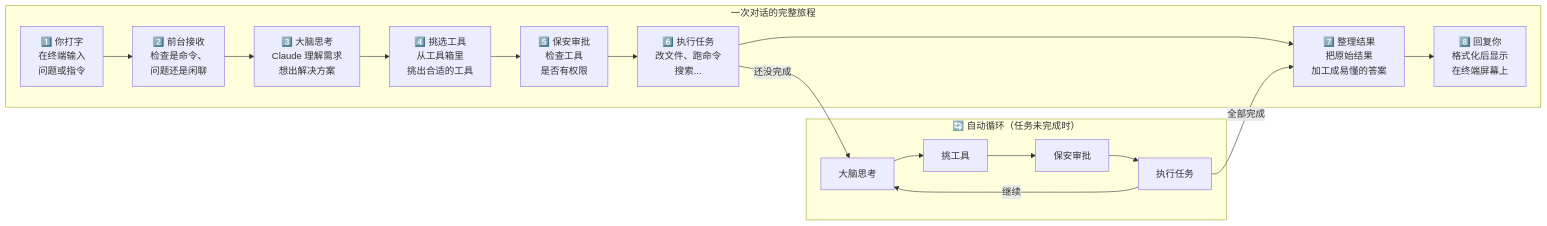
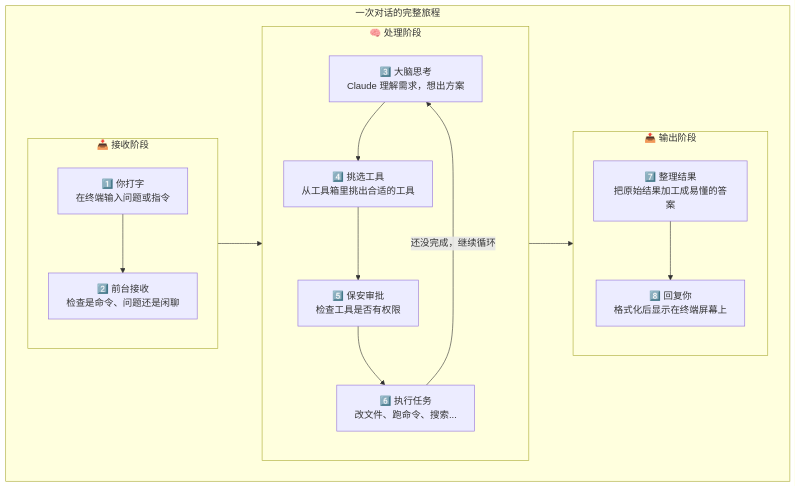
The second of 16 diagrams in docs/architecture/00-visual-guide.md (WSbaikaishui/claude-code-source-code), drawn with Mermaid before and after one commit. The commit also changed other lines of this file and 73 other files, not shown here.

First line of the commit message:
Fix all Mermaid diagrams: restore semantics + fix dimensions

````diff
--- a/docs/architecture/00-visual-guide.md
+++ b/docs/architecture/00-visual-guide.md
@@ -67,23 +71,27 @@
 ```mermaid
-graph LR
+graph TD
     subgraph main["一次对话的完整旅程"]
-        S1["1️⃣ 你打字<br>在终端输入<br>问题或指令"]
-        S2["2️⃣ 前台接收<br>检查是命令、<br>问题还是闲聊"]
-        S3["3️⃣ 大脑思考<br>Claude 理解需求<br>想出解决方案"]
-        S4["4️⃣ 挑选工具<br>从工具箱里<br>挑出合适的工具"]
-        S5["5️⃣ 保安审批<br>检查工具<br>是否有权限"]
-        S6["6️⃣ 执行任务<br>改文件、跑命令<br>搜索..."]
-        S7["7️⃣ 整理结果<br>把原始结果<br>加工成易懂的答案"]
-        S8["8️⃣ 回复你<br>格式化后显示<br>在终端屏幕上"]
+        subgraph phase1["📥 接收阶段"]
+            S1["1️⃣ 你打字<br>在终端输入问题或指令"]
+            S2["2️⃣ 前台接收<br>检查是命令、问题还是闲聊"]
+            S1 --> S2
+        end
 
-        S1 --> S2 --> S3 --> S4 --> S5 --> S6 --> S7 --> S8
+        subgraph phase2["🧠 处理阶段"]
+            S3["3️⃣ 大脑思考<br>Claude 理解需求，想出方案"]
+            S4["4️⃣ 挑选工具<br>从工具箱里挑出合适的工具"]
+            S5["5️⃣ 保安审批<br>检查工具是否有权限"]
+            S6["6️⃣ 执行任务<br>改文件、跑命令、搜索..."]
+            S3 --> S4 --> S5 --> S6
+        end
+
+        subgraph phase3["📤 输出阶段"]
+            S7["7️⃣ 整理结果<br>把原始结果加工成易懂的答案"]
+            S8["8️⃣ 回复你<br>格式化后显示在终端屏幕上"]
+            S7 --> S8
+        end
+
+        phase1 --> phase2 --> phase3
+        S6 -->|还没完成，继续循环| S3
     end
-
-    subgraph loop["🔄 自动循环（任务未完成时）"]
-        L1["大脑思考"] --> L2["挑工具"] --> L3["保安审批"] --> L4["执行任务"]
-    end
-
-    S6 -->|还没完成| L1
-    L4 -->|继续| L1
-    L4 -->|全部完成| S7
 ```
````
